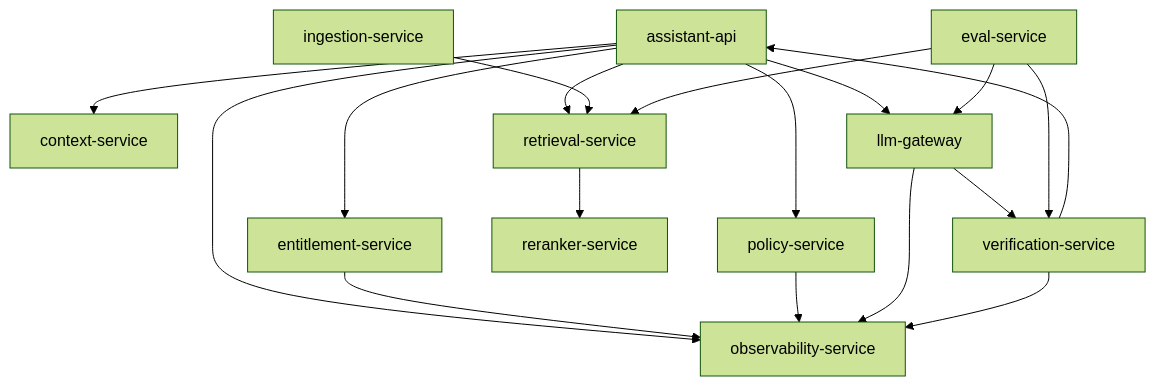
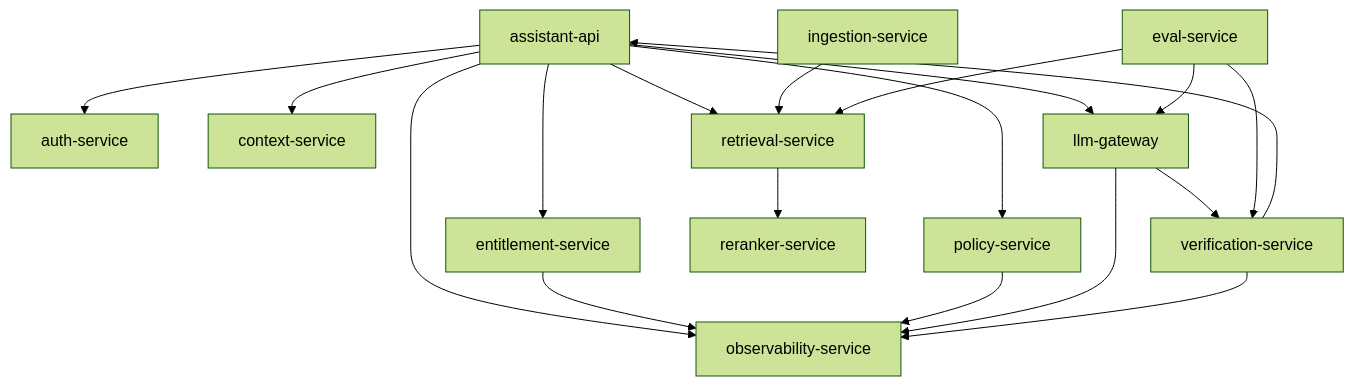
The diagram in docs/architecture/service-inventory-v1.md (JayakeshavBhumireddy/aegis-rag-platform), drawn with Mermaid (forest theme) before and after one commit. The commit also changed other lines of this file and 137 other files, not shown here.

````diff
--- a/docs/architecture/service-inventory-v1.md
+++ b/docs/architecture/service-inventory-v1.md
@@ -23,23 +24,24 @@
 ```mermaid
 flowchart TD
+    API["assistant-api"] --> AUTH["auth-service"]
     API["assistant-api"] --> ENT["entitlement-service"]
     API --> POL["policy-service"]
     API --> CTX["context-service"]
     API --> RET["retrieval-service"]
     API --> LLM["llm-gateway"]
 
     RET --> RERANK["reranker-service"]
     LLM --> VERIFY["verification-service"]
     VERIFY --> API
 
     INGEST["ingestion-service"] --> RET
     EVAL["eval-service"] --> RET
     EVAL --> LLM
     EVAL --> VERIFY
 
     API --> OBS["observability-service"]
     ENT --> OBS
     POL --> OBS
     LLM --> OBS
     VERIFY --> OBS
 ```
````
